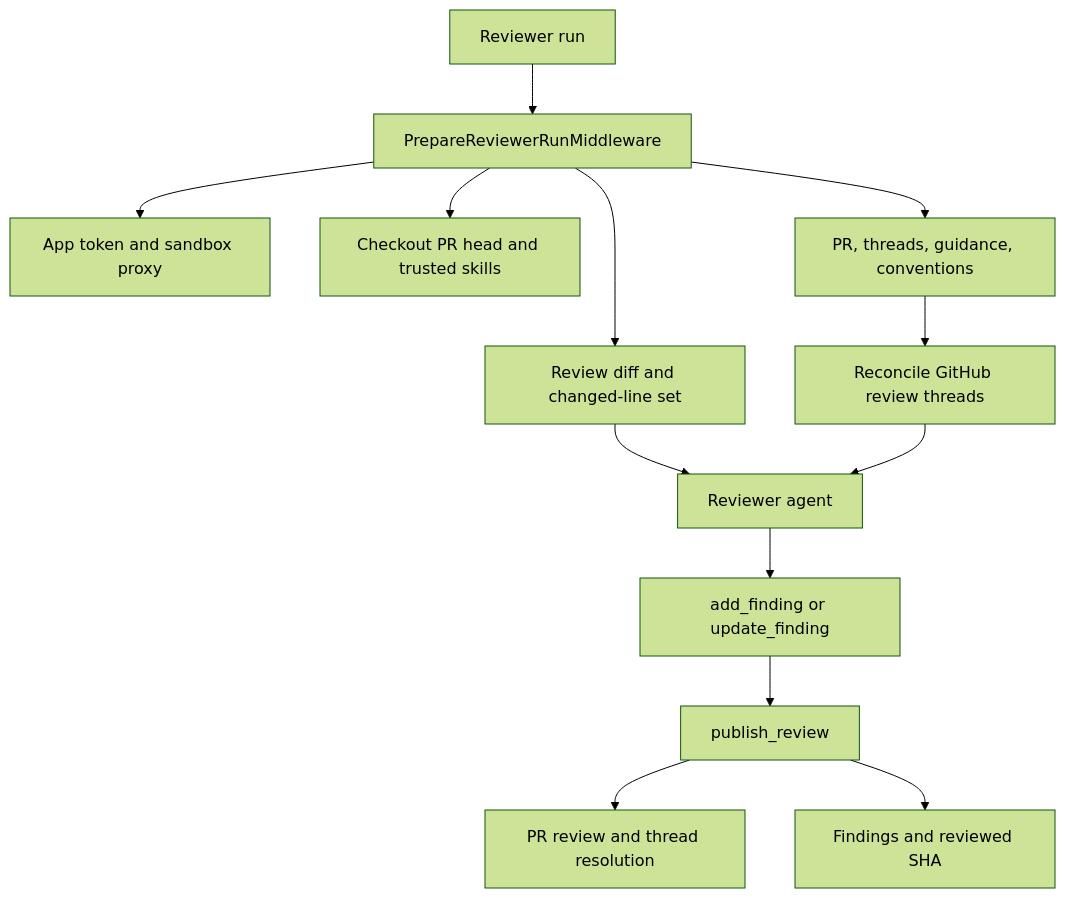
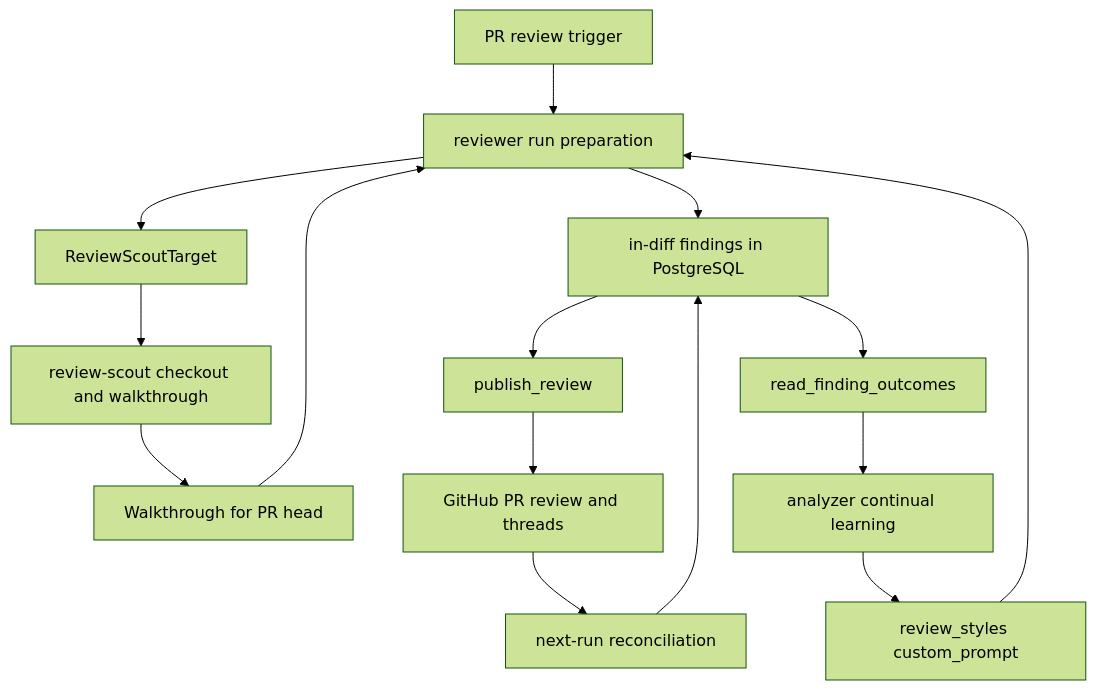
One commit to langchain-ai/open-swe changed the diagram in openwiki/architecture/reviewer-and-analyzer.md. Above: the diagram before and after it, drawn with Mermaid (forest theme). The commit also changed other lines of this file and 51 other files, not shown here.

````diff
--- a/openwiki/architecture/reviewer-and-analyzer.md
+++ b/openwiki/architecture/reviewer-and-analyzer.md
@@ -78,15 +82,17 @@
 ```mermaid
 flowchart TD
-    Trigger["Reviewer run"] --> Prep["PrepareReviewerRunMiddleware"]
-    Prep --> Auth["App token and sandbox proxy"]
-    Prep --> Checkout["Checkout PR head and trusted skills"]
-    Prep --> Diff["Review diff and changed-line set"]
-    Prep --> Context["PR, threads, guidance, conventions"]
-    Context --> Reconcile["Reconcile GitHub review threads"]
-    Diff --> Agent["Reviewer agent"]
-    Reconcile --> Agent
-    Agent --> Finding["add_finding or update_finding"]
-    Finding --> Publish["publish_review"]
-    Publish --> GitHub["PR review and thread resolution"]
-    Publish --> Metadata["Findings and reviewed SHA"]
+    Trigger["PR review trigger"] --> Reviewer["reviewer run preparation"]
+    Reviewer --> ScoutTarget["ReviewScoutTarget"]
+    ScoutTarget --> Scout["review-scout checkout and walkthrough"]
+    Scout --> Walkthrough["Walkthrough for PR head"]
+    Walkthrough --> Reviewer
+    Reviewer --> Findings["in-diff findings in PostgreSQL"]
+    Findings --> Publish["publish_review"]
+    Publish --> GitHub["GitHub PR review and threads"]
+    GitHub --> Reconcile["next-run reconciliation"]
+    Reconcile --> Findings
+    Findings --> Outcomes["read_finding_outcomes"]
+    Outcomes --> Analyzer["analyzer continual learning"]
+    Analyzer --> Style["review_styles custom_prompt"]
+    Style --> Reviewer
 ```
````
